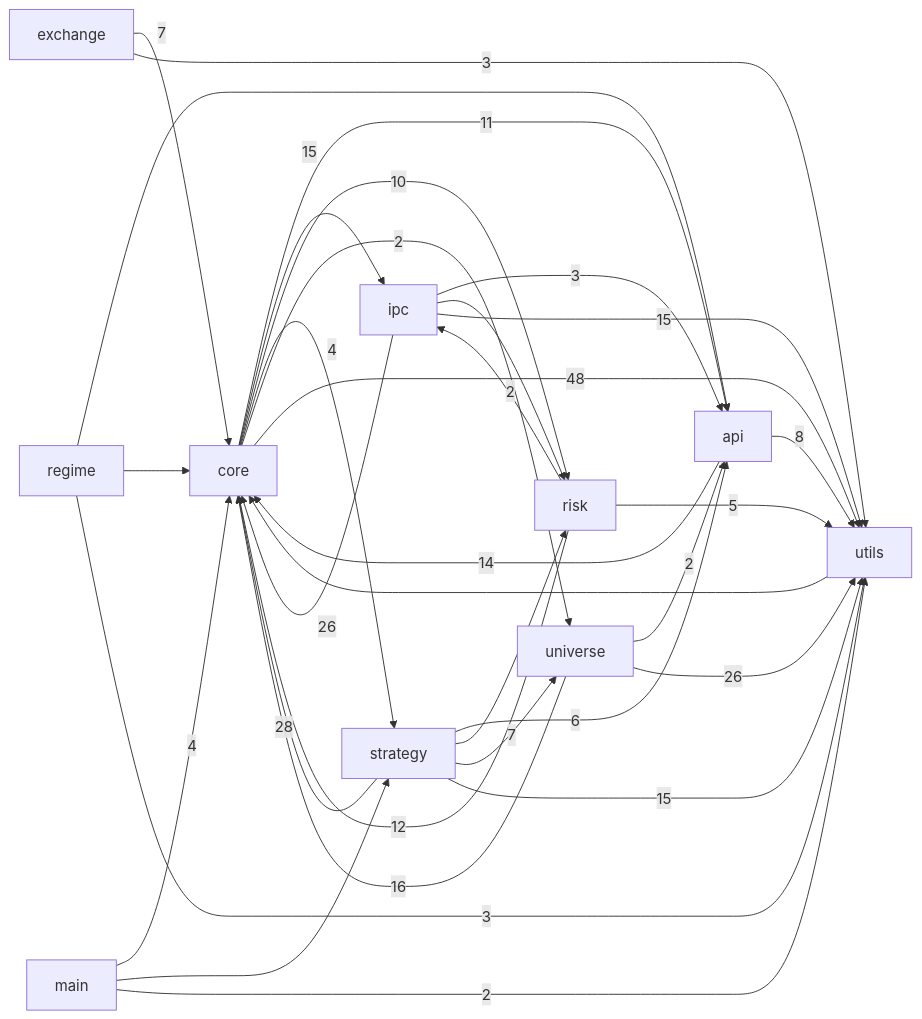
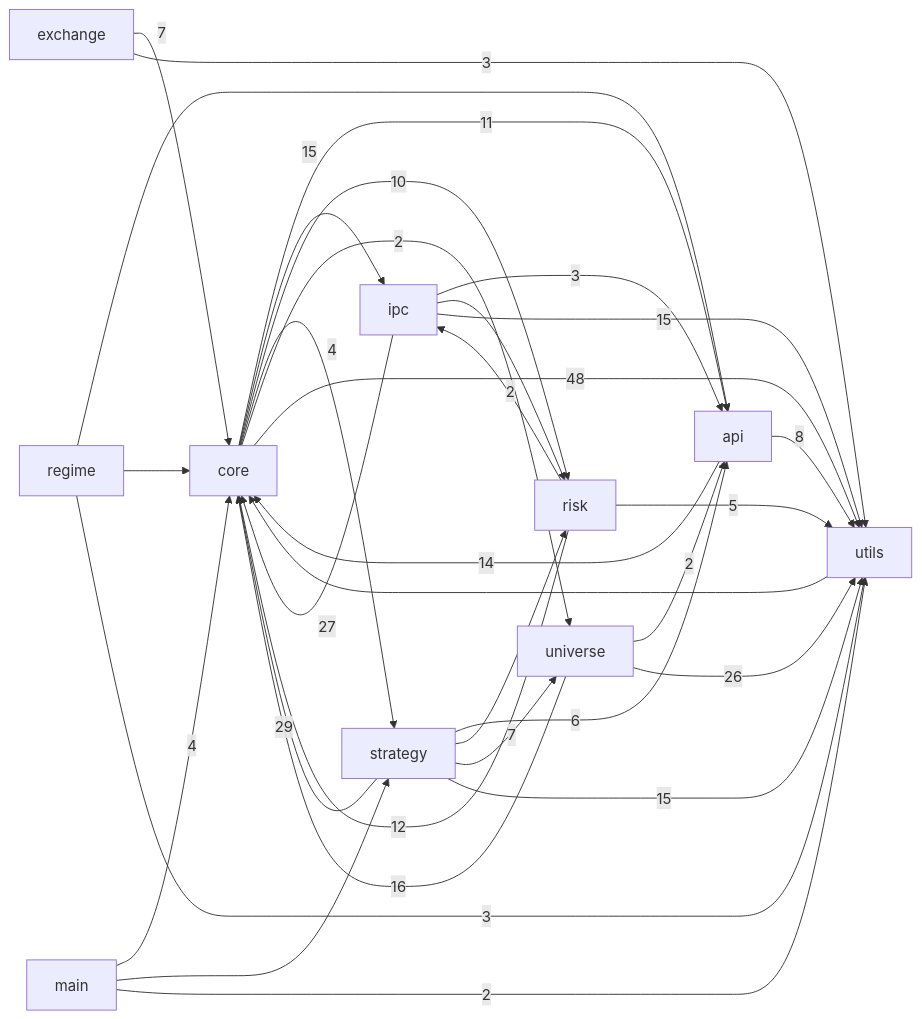
One commit to pypy8171/Quant changed the first of 3 diagrams in docs/CODE_GRAPH.md. Above: the diagram before and after it, drawn with Mermaid. The commit also changed other lines of this file and 56 other files, not shown here.

````diff
--- a/docs/CODE_GRAPH.md
+++ b/docs/CODE_GRAPH.md
@@ -10,45 +10,45 @@
 ```mermaid
 graph LR
   main[main]
   core[core]
   strategy[strategy]
   api[api]
   universe[universe]
   risk[risk]
   ipc[ipc]
   utils[utils]
   exchange[exchange]
   regime[regime]
   api -->|14| core
   api -->|8| utils
   core -->|11| api
   core -->|15| ipc
   core -->|10| risk
   core -->|4| strategy
   core -->|2| universe
   core -->|48| utils
   exchange -->|7| core
   exchange -->|3| utils
   ipc -->|3| api
-  ipc -->|26| core
+  ipc -->|27| core
   ipc --> risk
   ipc -->|15| utils
   main -->|4| core
   main --> strategy
   main -->|2| utils
   regime --> api
   regime --> core
   regime -->|3| utils
   risk -->|12| core
   risk -->|2| ipc
   risk -->|5| utils
   strategy -->|6| api
-  strategy -->|28| core
+  strategy -->|29| core
   strategy --> risk
   strategy -->|7| universe
   strategy -->|15| utils
   universe -->|2| api
   universe -->|16| core
   universe -->|26| utils
   utils --> core
 ```
````
